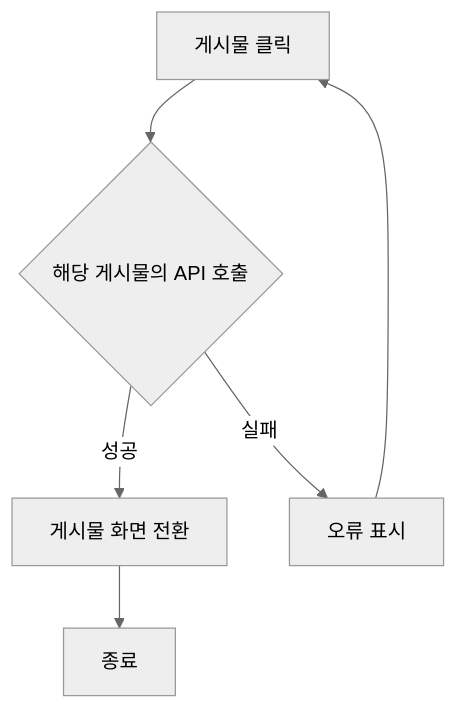
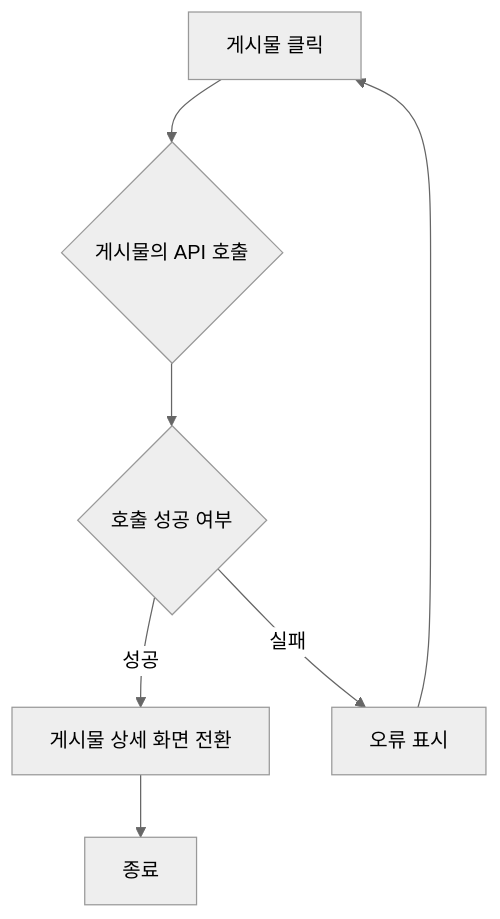
Diagram 22 of 40 in design/기능정의서.md (Dev-FE-2/3_swim_diary), drawn with Mermaid (neutral theme) before and after one commit. The commit also changed other lines of this file and 1 other file, not shown here.

````diff
--- a/design/기능정의서.md
+++ b/design/기능정의서.md
@@ -16,8 +496,9 @@
     ```mermaid
     flowchart TD
-        A[게시물 클릭] -->  B{해당 게시물의 API 호출}
-        B -- 성공 -->C[게시물 화면 전환]
-        B -- 실패 -->D[오류 표시]
-        D-->A
-        C-->Z[종료]
+        A[게시물 클릭] -->  B{게시물의 API 호출}
+        B --> C{호출 성공 여부}
+        C -- 성공 -->D[게시물 상세 화면 전환]
+        C -- 실패 -->E[오류 표시]
+        E-->A
+        D-->Z[종료]
     ```
````
